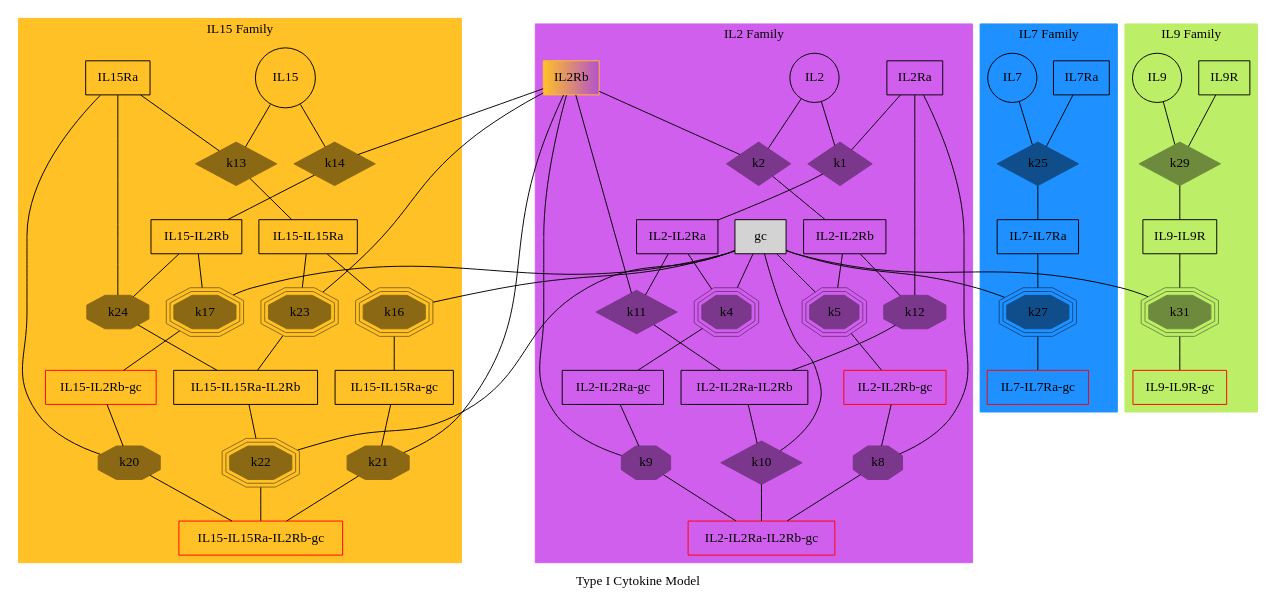
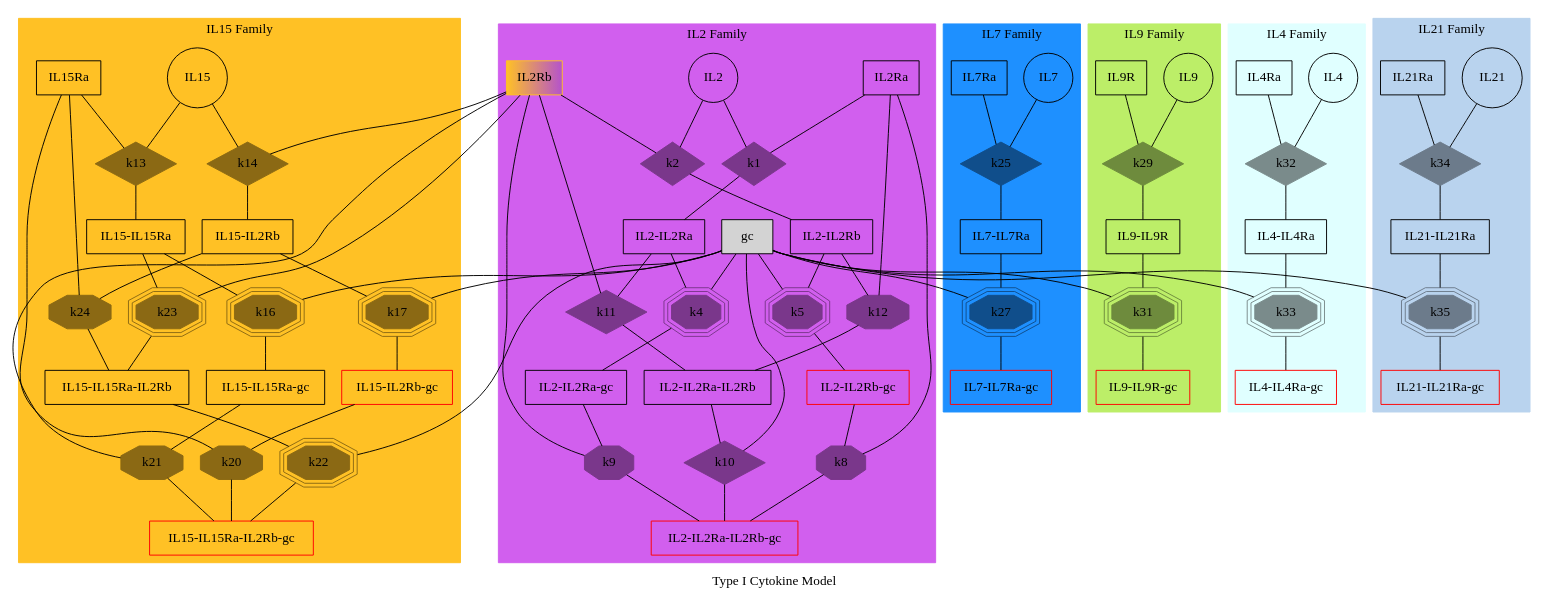
One commit to meyer-lab/gc-cytokines changed the diagram in ckine/data/graph_all.gv. Above: the diagram before and after it, drawn with Graphviz. The commit also changed 10 other files, not shown here.

```diff
--- a/ckine/data/graph_all.gv
+++ b/ckine/data/graph_all.gv
@@ -40,6 +40,16 @@
 "IL9R" [shape=box    ];
 "IL9-IL9R" [shape=box];
 "IL9-IL9R-gc" [shape=box, color=red ];
+
+"IL4"   [shape=circle];
+"IL4Ra" [shape=box    ];
+"IL4-IL4Ra" [shape=box];
+"IL4-IL4Ra-gc" [shape=box, color=red ];
+
+"IL21"   [shape=circle];
+"IL21Ra" [shape=box    ];
+"IL21-IL21Ra" [shape=box];
+"IL21-IL21Ra-gc" [shape=box, color=red ];
 
 subgraph cluster_IL2 {
     style=filled;
@@ -178,4 +188,37 @@
     "gc" -> "k31" [dir=none,weight=1];
     "k31" -> "IL9-IL9R-gc" [dir=none, weight=2];
 }
+
+subgraph cluster_IL4 {
+    style=filled;
+	color=lightcyan;
+	node [style=filled,color=lightcyan4];
+    label= "IL4 Family"
+    
+    "k32" [shape=diamond,style=filled,height=.1,width=.1];
+    "IL4" -> "k32" [dir=none,weight=1];
+    "IL4Ra" -> "k32" [dir=none,weight=1];
+    "k32" -> "IL4-IL4Ra" [dir=none, weight=2];
+
+    "k33" [shape=tripleoctagon,style=filled,height=.1,width=.1];
+    "IL4-IL4Ra" -> "k33" [dir=none,weight=1];
+    "gc" -> "k33" [dir=none,weight=1];
+    "k33" -> "IL4-IL4Ra-gc" [dir=none, weight=2];
 }
+subgraph cluster_IL21 {
+    style=filled;
+	color=slategray2;
+	node [style=filled,color=slategray4];
+    label= "IL21 Family"
+    
+    "k34" [shape=diamond,style=filled,height=.1,width=.1];
+    "IL21" -> "k34" [dir=none,weight=1];
+    "IL21Ra" -> "k34" [dir=none,weight=1];
+    "k34" -> "IL21-IL21Ra" [dir=none, weight=2];
+
+    "k35" [shape=tripleoctagon,style=filled,height=.1,width=.1];
+    "IL21-IL21Ra" -> "k35" [dir=none,weight=1];
+    "gc" -> "k35" [dir=none,weight=1];
+    "k35" -> "IL21-IL21Ra-gc" [dir=none, weight=2];
+}
+}
```
